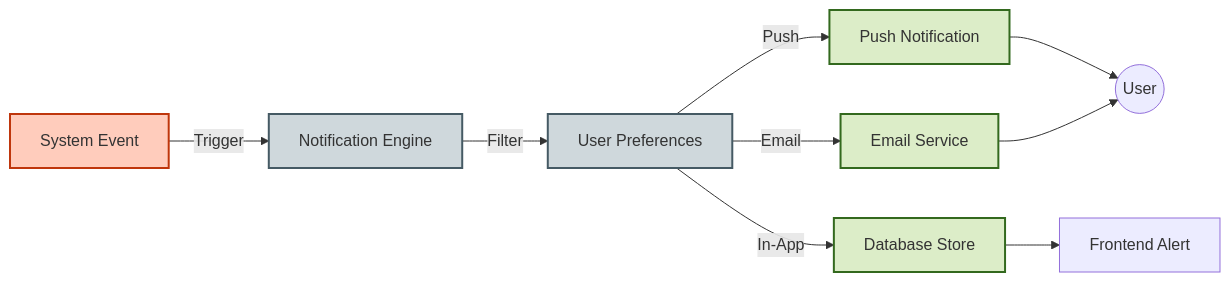
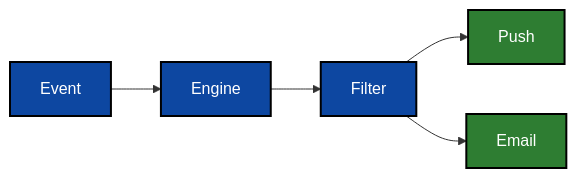
Diagram 15 of 17 in README.md (MrDecryptDecipher/xrpl-institutional-fund-management), drawn with Mermaid before and after one commit. The commit also changed other lines of this file, not shown here.

Commit message:
docs: final polish of readme with high-contrast diagrams and fixes

````diff
--- a/README.md
+++ b/README.md
@@ -600,18 +501,11 @@
 ```mermaid
 graph LR
-    %% Styles
-    classDef event fill:#ffccbc,stroke:#bf360c,stroke-width:2px;
-    classDef engine fill:#cfd8dc,stroke:#455a64,stroke-width:2px;
-    classDef output fill:#dcedc8,stroke:#33691e,stroke-width:2px;
+    classDef primary fill:#0D47A1,stroke:#000,stroke-width:2px,color:#fff;
+    classDef output fill:#2E7D32,stroke:#000,stroke-width:2px,color:#fff;
 
-    Event[System Event]:::event -->|Trigger| Engine[Notification Engine]:::engine
-    Engine -->|Filter| Prefs[User Preferences]:::engine
+    Event[Event]:::primary --> Engine[Engine]:::primary
+    Engine --> Filter[Filter]:::primary
     
-    Prefs -->|Push| Push[Push Notification]:::output
-    Prefs -->|Email| Email[Email Service]:::output
-    Prefs -->|In-App| DB[Database Store]:::output
-    
-    Push --> User((User))
-    Email --> User
-    DB --> UI[Frontend Alert]
+    Filter --> Push[Push]:::output
+    Filter --> Email[Email]:::output
 ```
````
